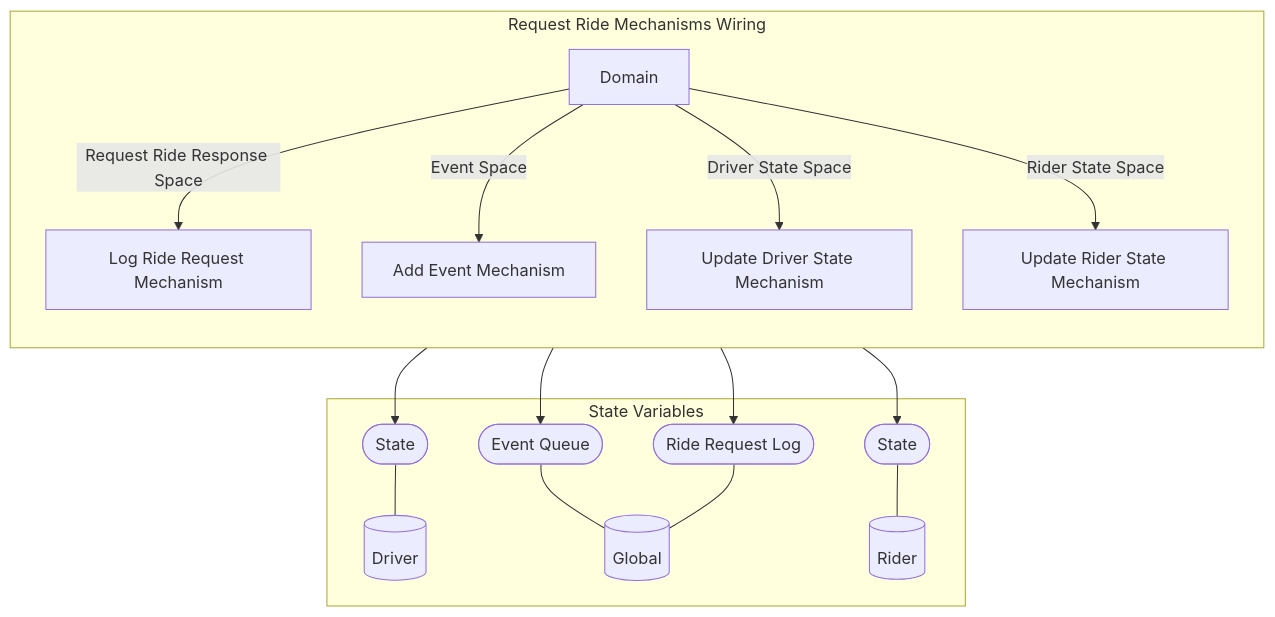
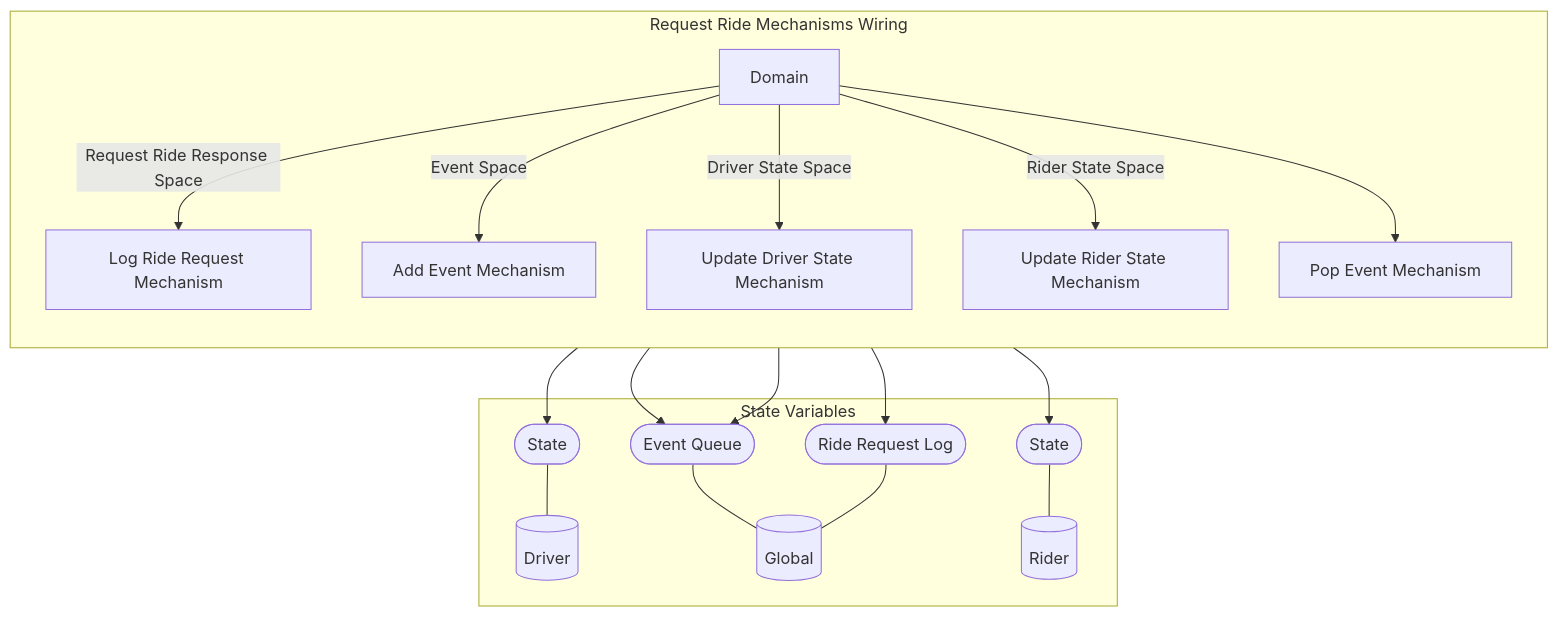
The diagram in reports/markdown/Wiring/Request Ride Mechanisms Wiring.md (BlockScience/rideshare-model), drawn with Mermaid before and after one commit. The commit also changed other lines of this file and 12 other files, not shown here.

Commit message:
Add pop event to spec

````diff
--- a/reports/markdown/Wiring/Request Ride Mechanisms Wiring.md
+++ b/reports/markdown/Wiring/Request Ride Mechanisms Wiring.md
@@ -3,37 +3,40 @@
 ```mermaid
 graph TB
 
 subgraph SVS["State Variables"]
 EE0[("Driver")]
 EE1[("Global")]
 EE2[("Rider")]
 EES0(["State"])
 EES0 --- EE0
 EES1(["Event Queue"])
 EES1 --- EE1
 EES2(["Ride Request Log"])
 EES2 --- EE1
 EES3(["State"])
 EES3 --- EE2
 end
 
-subgraph X7["Request Ride Mechanisms Wiring"]
+subgraph X8["Request Ride Mechanisms Wiring"]
 direction TB
 X1["Log Ride Request Mechanism"]
 X1 --> EES2
 X2["Add Event Mechanism"]
 X2 --> EES1
 X3["Update Driver State Mechanism"]
 X3 --> EES0
 X4["Update Rider State Mechanism"]
 X4 --> EES3
-X5[Domain]
+X5["Pop Event Mechanism"]
+X5 --> EES1
+X6[Domain]
 
 direction LR
 direction TB
-X5 --"Request Ride Response Space"--> X1
-X5 --"Event Space"--> X2
-X5 --"Driver State Space"--> X3
-X5 --"Rider State Space"--> X4
+X6 --"Request Ride Response Space"--> X1
+X6 --"Event Space"--> X2
+X6 --"Driver State Space"--> X3
+X6 --"Rider State Space"--> X4
+X6 --> X5
 end
 ```
````
